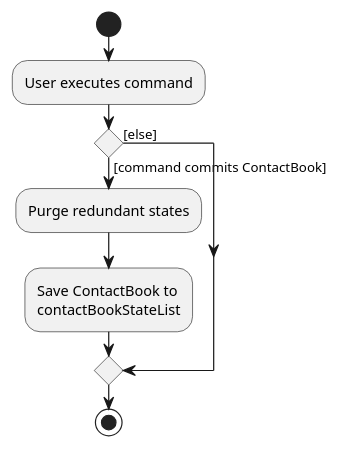
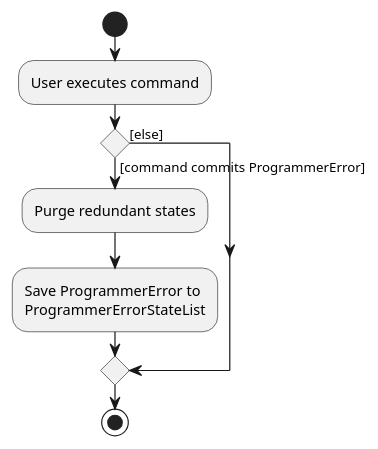
One commit to nus-cs2103-AY2122S1/tp changed the diagram in docs/diagrams/CommitActivityDiagram.puml. Above: the diagram before and after it, drawn with PlantUML. The commit also changed 6 other files, not shown here.

Commit message:
General updates on the UML diagrams to fit in the context of ProgrammerError

```diff
--- a/docs/diagrams/CommitActivityDiagram.puml
+++ b/docs/diagrams/CommitActivityDiagram.puml
@@ -1,15 +1,15 @@
 @startuml
 start
 :User executes command;
 
 'Since the beta syntax does not support placing the condition outside the
 'diamond we place it as the true branch instead.
 
-if () then ([command commits ContactBook])
+if () then ([command commits ProgrammerError])
     :Purge redundant states;
-    :Save ContactBook to
-    contactBookStateList;
+    :Save ProgrammerError to
+    ProgrammerErrorStateList;
 else ([else])
 endif
 stop
 @enduml
```
